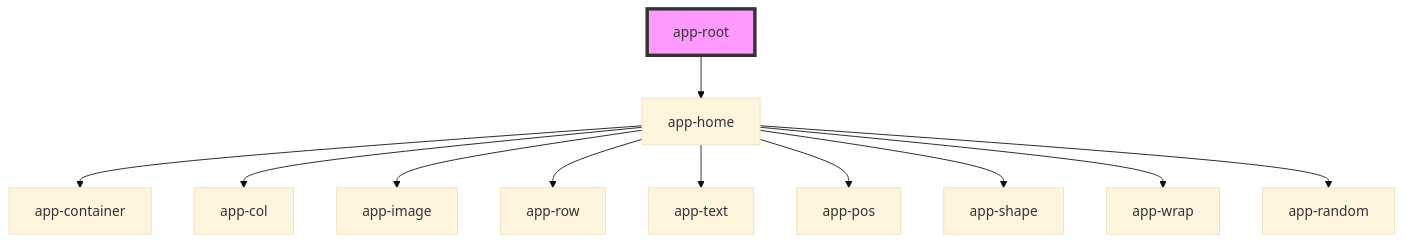
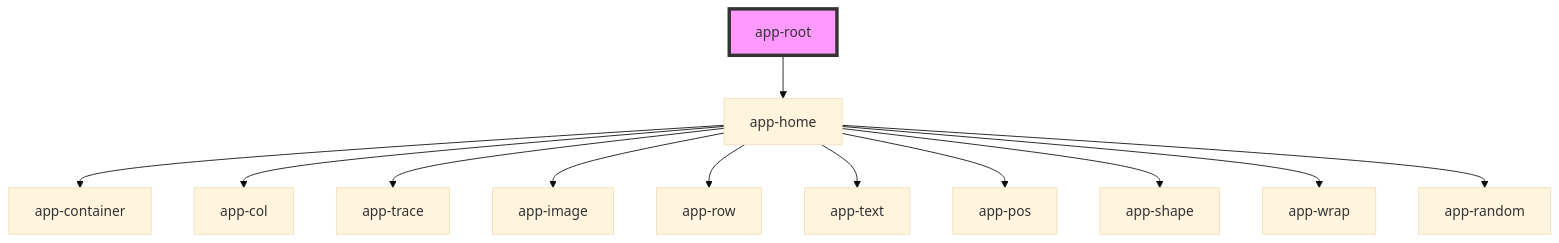
Before and after one commit to chimple/lido-player: the diagram in src/components/root/readme.md, drawn with Mermaid (base theme). The commit also changed 8 other files, not shown here.

Commit message:
Added App-trace component

````diff
--- a/src/components/root/readme.md
+++ b/src/components/root/readme.md
@@ -15,14 +15,15 @@
 ```mermaid
 graph TD;
   app-root --> app-home
   app-home --> app-container
   app-home --> app-col
+  app-home --> app-trace
   app-home --> app-image
   app-home --> app-row
   app-home --> app-text
   app-home --> app-pos
   app-home --> app-shape
   app-home --> app-wrap
   app-home --> app-random
   style app-root fill:#f9f,stroke:#333,stroke-width:4px
 ```
````
